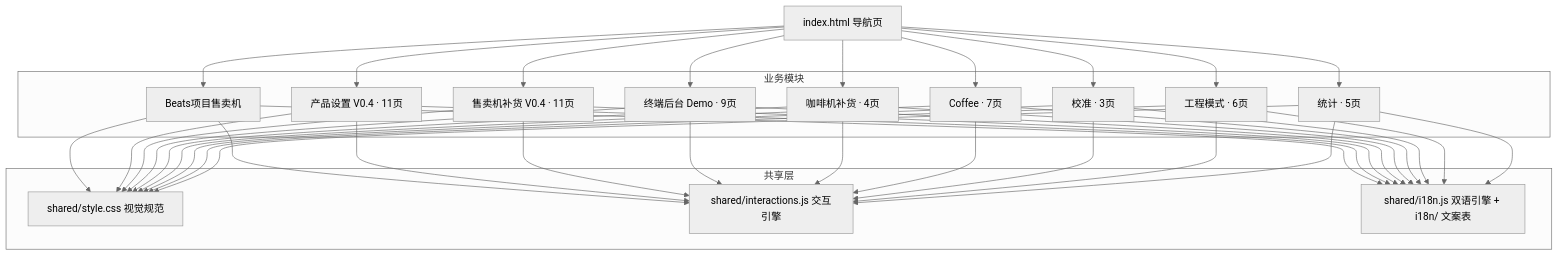
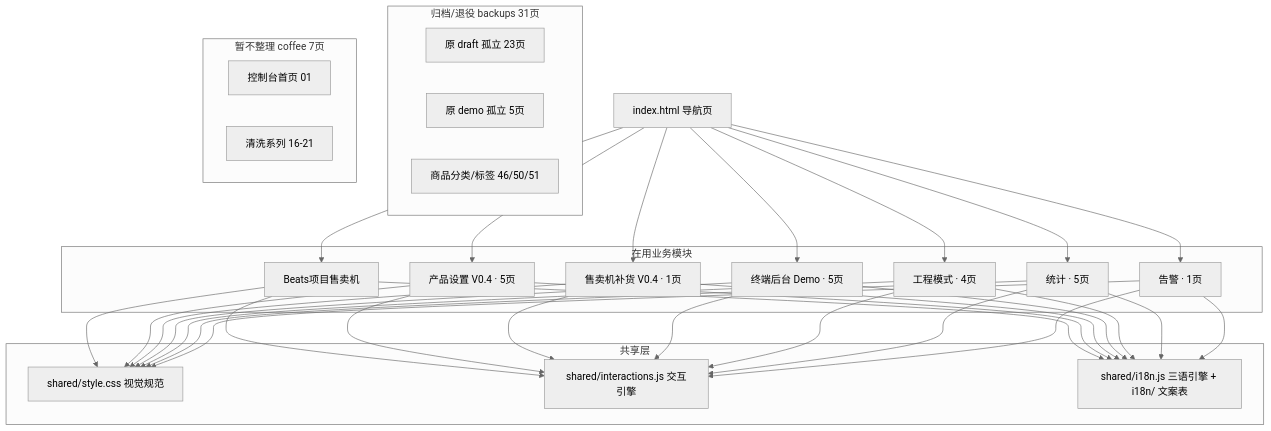
Before and after one commit to nicozhan/iot-android-screen: the first of 6 diagrams in 架构与页面逻辑.md, drawn with Mermaid (neutral theme). The commit also changed other lines of this file and 7 other files, not shown here.

````diff
--- a/架构与页面逻辑.md
+++ b/架构与页面逻辑.md
@@ -24,24 +24,31 @@
 ```mermaid
 graph TD
   IDX[index.html 导航页]
-  subgraph 业务模块
+  subgraph 在用业务模块
     G1[Beats项目售卖机]
-    G2[产品设置 V0.4 · 11页]
-    G3[售卖机补货 V0.4 · 11页]
-    G4[终端后台 Demo · 9页]
-    G5[咖啡机补货 · 4页]
-    G6[Coffee · 7页]
-    G7[校准 · 3页]
-    G8[工程模式 · 6页]
-    G9[统计 · 5页]
+    G2[产品设置 V0.4 · 5页]
+    G3[售卖机补货 V0.4 · 1页]
+    G4[终端后台 Demo · 5页]
+    G5[工程模式 · 4页]
+    G6[统计 · 5页]
+    G7[告警 · 1页]
+  end
+  subgraph 归档/退役 backups 31页
+    A1[原 draft 孤立 23页]
+    A2[原 demo 孤立 5页]
+    A3[商品分类/标签 46/50/51]
+  end
+  subgraph 暂不整理 coffee 7页
+    C1[控制台首页 01]
+    C2[清洗系列 16-21]
   end
   subgraph 共享层
     CSS[shared/style.css 视觉规范]
     JS[shared/interactions.js 交互引擎]
-    I18N[shared/i18n.js 双语引擎 + i18n/ 文案表]
+    I18N[shared/i18n.js 三语引擎 + i18n/ 文案表]
   end
-  IDX --> G1 & G2 & G3 & G4 & G5 & G6 & G7 & G8 & G9
-  G1 & G2 & G3 & G4 & G5 & G6 & G7 & G8 & G9 --> CSS
-  G1 & G2 & G3 & G4 & G5 & G6 & G7 & G8 & G9 --> JS
-  G1 & G2 & G3 & G4 & G5 & G6 & G7 & G8 & G9 --> I18N
+  IDX --> G1 & G2 & G3 & G4 & G5 & G6 & G7
+  G1 & G2 & G3 & G4 & G5 & G6 & G7 --> CSS
+  G1 & G2 & G3 & G4 & G5 & G6 & G7 --> JS
+  G1 & G2 & G3 & G4 & G5 & G6 & G7 --> I18N
 ```
````
